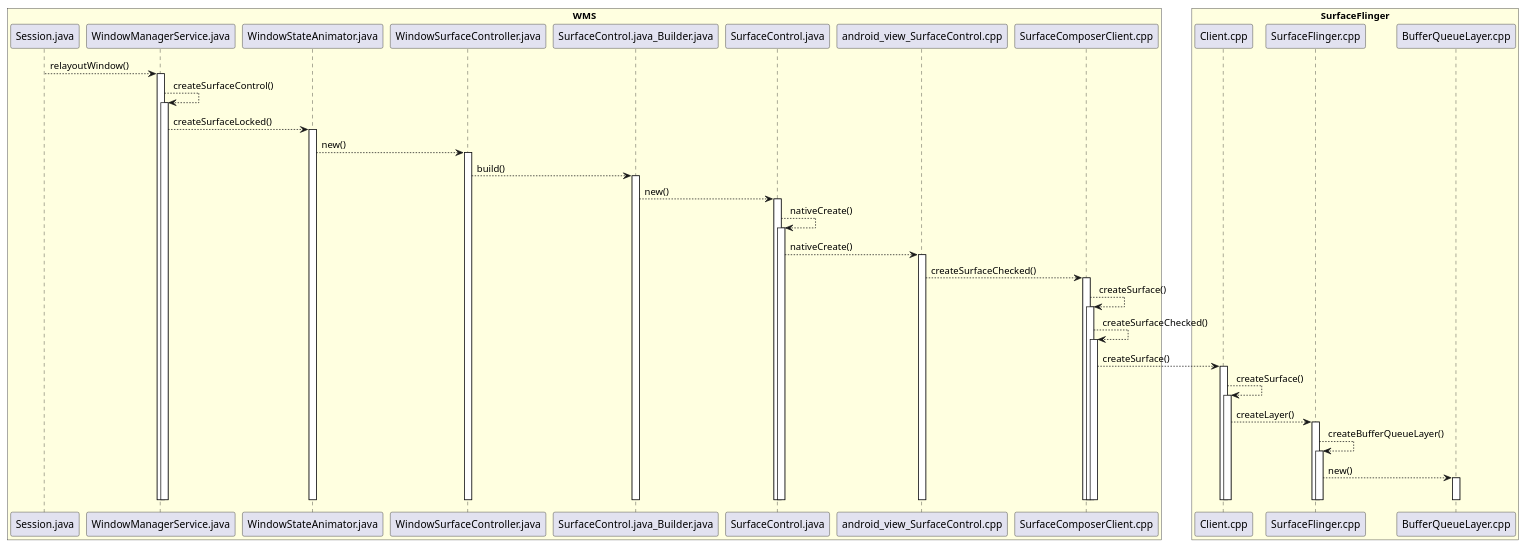
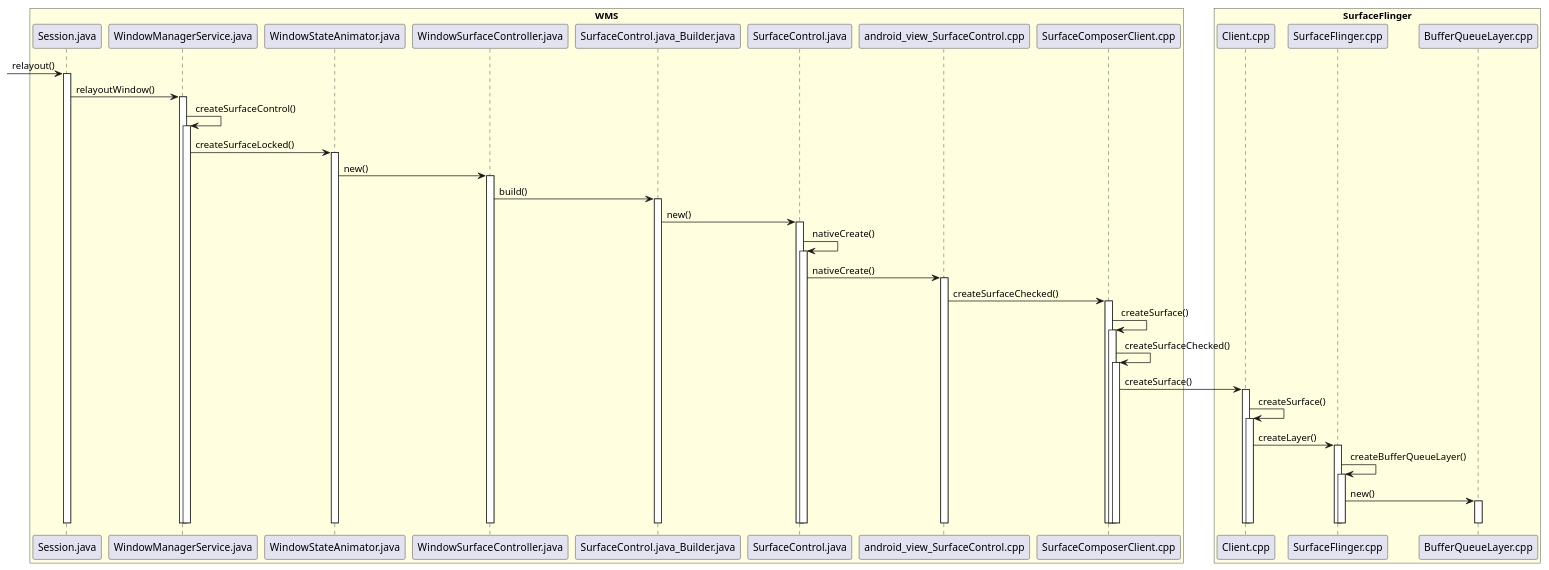
One commit to javalive09/UML changed the diagram in android11/addwindow/AddWindow_2.2.0.0.puml. Above: the diagram before and after it, drawn with PlantUML. The commit also changed 83 other files, not shown here.

Commit message:
update uml

```diff
--- a/android11/addwindow/AddWindow_2.2.0.0.puml
+++ b/android11/addwindow/AddWindow_2.2.0.0.puml
@@ -1,72 +1,73 @@
 @startuml
 
 box "WMS" #LightYellow
 participant Session.java
 participant WindowManagerService.java
 participant WindowStateAnimator.java
 participant WindowSurfaceController.java
 participant SurfaceControl.java_Builder.java
 participant SurfaceControl.java
 participant android_view_SurfaceControl.cpp
 participant SurfaceComposerClient.cpp
 end box
 
 box "SurfaceFlinger" #LightYellow
 participant Client.cpp
 participant SurfaceFlinger.cpp
 participant BufferQueueLayer.cpp
 end box
 
-
-Session.java --> WindowManagerService.java: relayoutWindow()
+->  Session.java : relayout()
+activate Session.java
+Session.java -> WindowManagerService.java: relayoutWindow()
 activate WindowManagerService.java
-WindowManagerService.java --> WindowManagerService.java: createSurfaceControl()
+WindowManagerService.java -> WindowManagerService.java: createSurfaceControl()
 activate WindowManagerService.java
-WindowManagerService.java --> WindowStateAnimator.java: createSurfaceLocked()
+WindowManagerService.java -> WindowStateAnimator.java: createSurfaceLocked()
 activate WindowStateAnimator.java
-WindowStateAnimator.java --> WindowSurfaceController.java: new()
+WindowStateAnimator.java -> WindowSurfaceController.java: new()
 activate WindowSurfaceController.java
-WindowSurfaceController.java --> SurfaceControl.java_Builder.java: build()
+WindowSurfaceController.java -> SurfaceControl.java_Builder.java: build()
 activate SurfaceControl.java_Builder.java
-SurfaceControl.java_Builder.java --> SurfaceControl.java: new()
+SurfaceControl.java_Builder.java -> SurfaceControl.java: new()
 activate SurfaceControl.java
-SurfaceControl.java --> SurfaceControl.java: nativeCreate()
+SurfaceControl.java -> SurfaceControl.java: nativeCreate()
 activate SurfaceControl.java
-SurfaceControl.java --> android_view_SurfaceControl.cpp: nativeCreate()
+SurfaceControl.java -> android_view_SurfaceControl.cpp: nativeCreate()
 activate android_view_SurfaceControl.cpp
-android_view_SurfaceControl.cpp --> SurfaceComposerClient.cpp: createSurfaceChecked()
+android_view_SurfaceControl.cpp -> SurfaceComposerClient.cpp: createSurfaceChecked()
 activate SurfaceComposerClient.cpp
-SurfaceComposerClient.cpp --> SurfaceComposerClient.cpp: createSurface()
+SurfaceComposerClient.cpp -> SurfaceComposerClient.cpp: createSurface()
 activate SurfaceComposerClient.cpp
-SurfaceComposerClient.cpp --> SurfaceComposerClient.cpp: createSurfaceChecked()
+SurfaceComposerClient.cpp -> SurfaceComposerClient.cpp: createSurfaceChecked()
 activate SurfaceComposerClient.cpp
-SurfaceComposerClient.cpp --> Client.cpp: createSurface()
+SurfaceComposerClient.cpp -> Client.cpp: createSurface()
 activate Client.cpp
-Client.cpp --> Client.cpp: createSurface()
+Client.cpp -> Client.cpp: createSurface()
 activate Client.cpp
-Client.cpp --> SurfaceFlinger.cpp: createLayer()
+Client.cpp -> SurfaceFlinger.cpp: createLayer()
 activate SurfaceFlinger.cpp
-SurfaceFlinger.cpp --> SurfaceFlinger.cpp: createBufferQueueLayer()
+SurfaceFlinger.cpp -> SurfaceFlinger.cpp: createBufferQueueLayer()
 activate SurfaceFlinger.cpp
-SurfaceFlinger.cpp --> BufferQueueLayer.cpp: new()
+SurfaceFlinger.cpp -> BufferQueueLayer.cpp: new()
 activate BufferQueueLayer.cpp
 deactivate BufferQueueLayer.cpp
 deactivate Session.java
 deactivate WindowManagerService.java
 deactivate WindowManagerService.java
 deactivate WindowStateAnimator.java
 deactivate SurfaceComposerClient.cpp
 deactivate SurfaceComposerClient.cpp
 deactivate SurfaceComposerClient.cpp
 deactivate SurfaceFlinger.cpp
 deactivate SurfaceFlinger.cpp
 deactivate Client.cpp
 deactivate Client.cpp
 deactivate SurfaceControl.java
 deactivate SurfaceControl.java
 deactivate SurfaceControl.java_Builder.java
 deactivate WindowSurfaceController.java
 deactivate android_view_SurfaceControl.cpp
 
 
 @enduml
```
